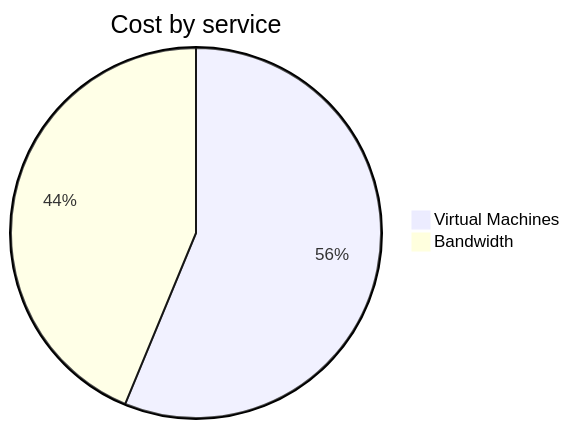
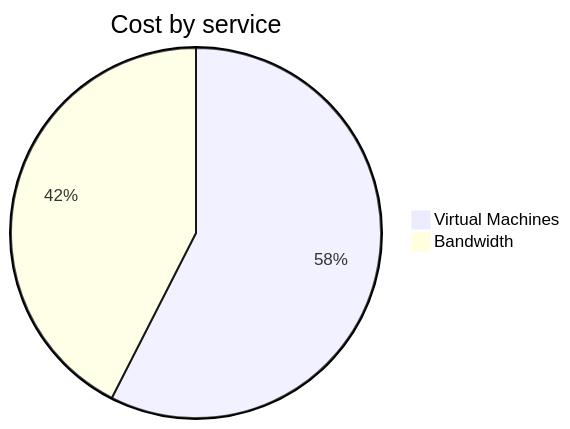
Before and after one commit to jpfulton/azure-personal-reports: the second of 4 diagrams in cost-reports/personal-network/vpn-server.md, drawn with Mermaid. The commit also changed other lines of this file and 8 other files, not shown here.

````diff
--- a/cost-reports/personal-network/vpn-server.md
+++ b/cost-reports/personal-network/vpn-server.md
@@ -94,6 +94,6 @@
 ```mermaid
 pie
    title Cost by service
-   "Virtual Machines" : 3.42
+   "Virtual Machines" : 3.60
    "Bandwidth" : 2.66
 ```
````
